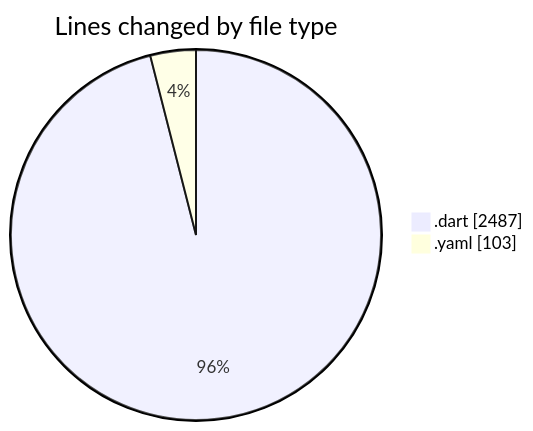
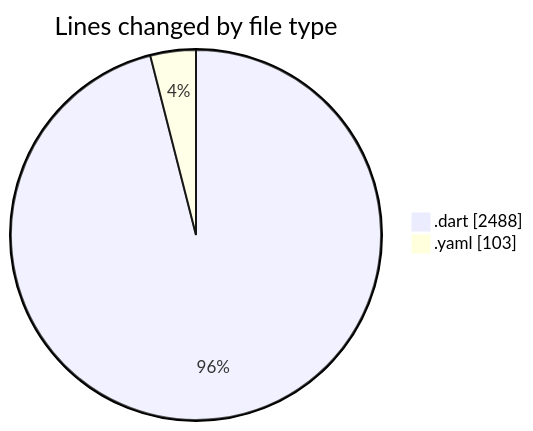
One commit to donsfak/code-tracking changed the first of 2 diagrams in 2025-02-25/trackers_app/README.md. Above: the diagram before and after it, drawn with Mermaid. The commit also changed other lines of this file and 1 other file, not shown here.

````diff
--- a/2025-02-25/trackers_app/README.md
+++ b/2025-02-25/trackers_app/README.md
@@ -33,6 +33,6 @@
 ```mermaid
 pie showData
 title Lines changed by file type
-".dart" : 2487
+".dart" : 2488
 ".yaml" : 103
 ```
````
